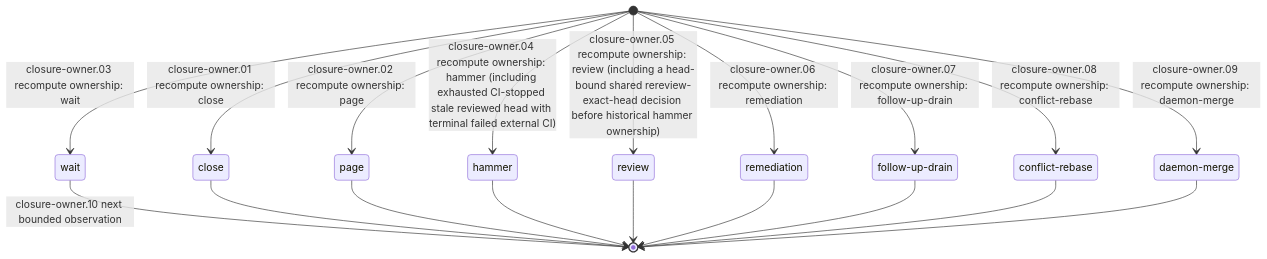
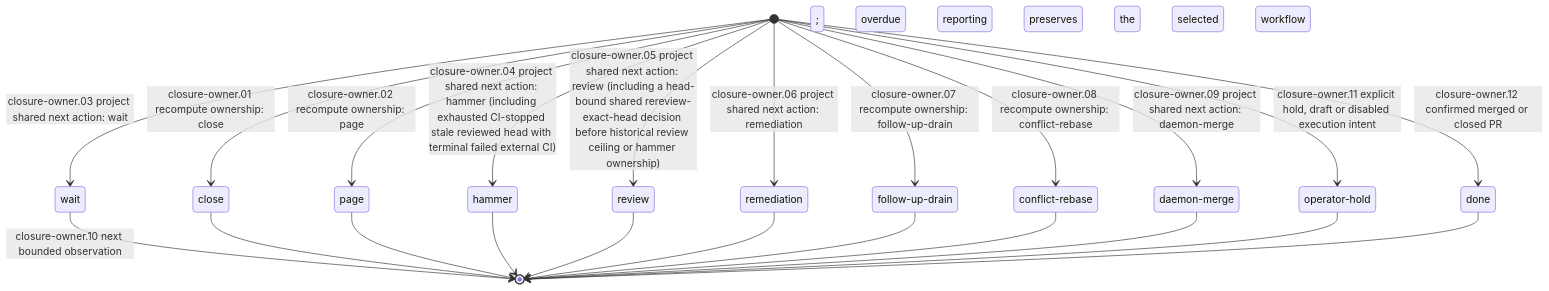
Before and after one commit to laceyenterprises/adversarial-review: the fifth of 6 diagrams in README.md, drawn with Mermaid. The commit also changed other lines of this file and 51 other files, not shown here.

First line of the commit message:
[codex] (infra) NXA-05: Use the shared decision for closer and recovery ownership (#1491)

````diff
--- a/README.md
+++ b/README.md
@@ -1888,30 +1914,36 @@
 ```mermaid
 stateDiagram-v2
     state "close" as s0
     state "page" as s1
     state "wait" as s2
     state "hammer" as s3
     state "review" as s4
     state "remediation" as s5
     state "follow-up-drain" as s6
     state "conflict-rebase" as s7
     state "daemon-merge" as s8
+    state "operator-hold" as s9
+    state "done" as s10
     [*] --> s0: closure-owner.01 recompute ownership: close
     [*] --> s1: closure-owner.02 recompute ownership: page
-    [*] --> s2: closure-owner.03 recompute ownership: wait
-    [*] --> s3: closure-owner.04 recompute ownership: hammer (including exhausted CI-stopped stale reviewed head with terminal failed external CI)
-    [*] --> s4: closure-owner.05 recompute ownership: review (including a head-bound shared rereview-exact-head decision before historical hammer ownership)
-    [*] --> s5: closure-owner.06 recompute ownership: remediation
+    [*] --> s2: closure-owner.03 project shared next action: wait
+    [*] --> s3: closure-owner.04 project shared next action: hammer (including exhausted CI-stopped stale reviewed head with terminal failed external CI)
+    [*] --> s4: closure-owner.05 project shared next action: review (including a head-bound shared rereview-exact-head decision before historical review ceiling or hammer ownership)
+    [*] --> s5: closure-owner.06 project shared next action: remediation
     [*] --> s6: closure-owner.07 recompute ownership: follow-up-drain
     [*] --> s7: closure-owner.08 recompute ownership: conflict-rebase
-    [*] --> s8: closure-owner.09 recompute ownership: daemon-merge
-    s2 --> [*]: closure-owner.10 next bounded observation
+    [*] --> s8: closure-owner.09 project shared next action: daemon-merge
+    s2 --> [*]: closure-owner.10 next bounded observation; overdue reporting preserves the selected workflow
+    [*] --> s9: closure-owner.11 explicit hold, draft or disabled execution intent
+    [*] --> s10: closure-owner.12 confirmed merged or closed PR
     s0 --> [*]
     s1 --> [*]
     s3 --> [*]
     s4 --> [*]
     s5 --> [*]
     s6 --> [*]
     s7 --> [*]
     s8 --> [*]
+    s9 --> [*]
+    s10 --> [*]
 ```
````
